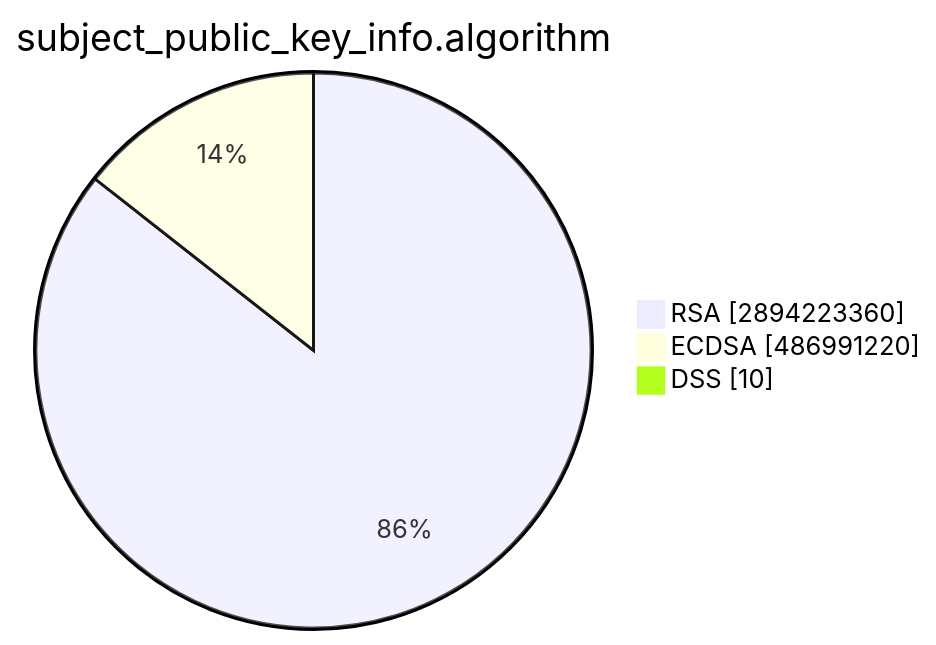
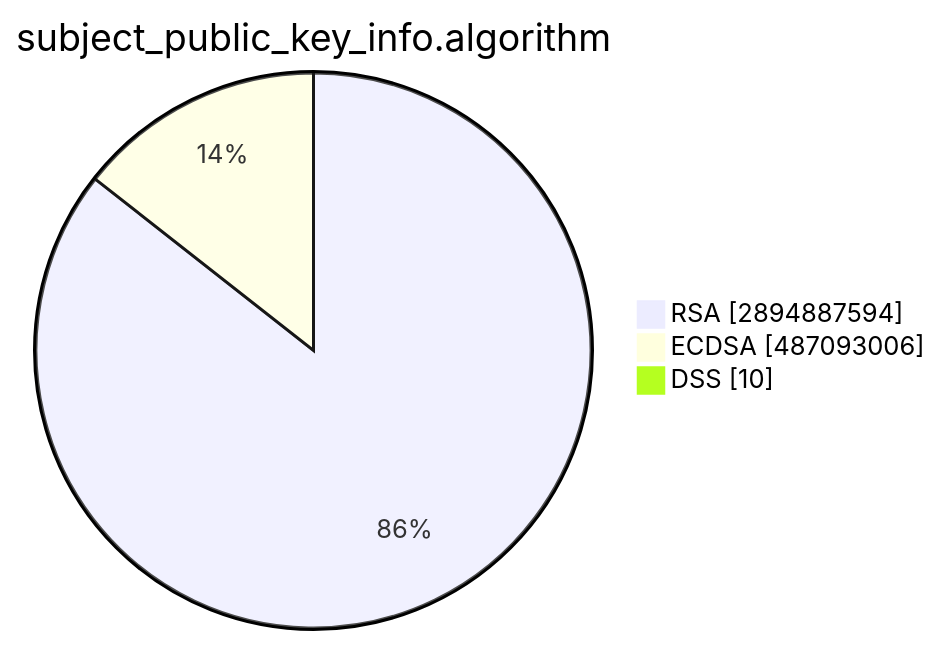
One commit to christiankrug/ctmonitor_visualization changed the second of 15 diagrams in TOTAL/README.md. Above: the diagram before and after it, drawn with Mermaid. The commit also changed other lines of this file, not shown here.

````diff
--- a/TOTAL/README.md
+++ b/TOTAL/README.md
@@ -6,7 +6,7 @@
 ```mermaid
 pie showData
 title subject_public_key_info.algorithm
-"RSA" :2894223360
-"ECDSA" :486991220
+"RSA" :2894887594
+"ECDSA" :487093006
 "DSS" :10
 ```
````
